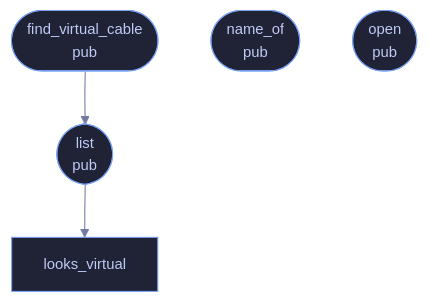
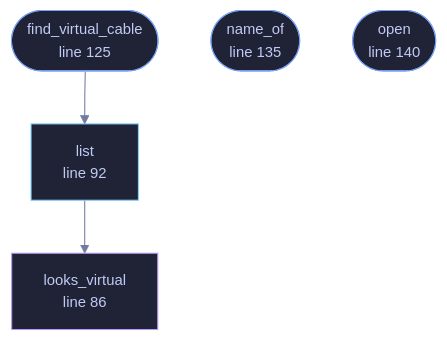
Before and after one commit to tilas01/veilvoice: the diagram in wiki/File-veilvoice-audio-devices.md, drawn with Mermaid. The commit also changed other lines of this file and 182 other files, not shown here.

````diff
--- a/wiki/File-veilvoice-audio-devices.md
+++ b/wiki/File-veilvoice-audio-devices.md
@@ -60,11 +78,17 @@
 ```mermaid
 %%{init: {"theme":"base","themeVariables":{"background":"#1a1b26","primaryColor":"#1f2335","primaryTextColor":"#c0caf5","primaryBorderColor":"#7aa2f7","secondaryColor":"#16161e","tertiaryColor":"#16161e","lineColor":"#737aa2","textColor":"#c0caf5","mainBkg":"#1f2335","nodeBorder":"#7aa2f7","clusterBkg":"#16161e","clusterBorder":"#2f3549","fontFamily":"ui-monospace, SFMono-Regular, Consolas, monospace","fontSize":"14px"}}}%%
 flowchart TD
-    n_looks_virtual["looks_virtual"]
-    n_list(["list<br/>pub"])
-    n_find_virtual_cable(["find_virtual_cable<br/>pub"])
-    n_name_of(["name_of<br/>pub"])
-    n_open(["open<br/>pub"])
+    n_looks_virtual["looks_virtual<br/>line 86"]
+    n_list["list<br/>line 92"]
+    n_find_virtual_cable(["find_virtual_cable<br/>line 125"])
+    n_name_of(["name_of<br/>line 135"])
+    n_open(["open<br/>line 140"])
     n_find_virtual_cable --> n_list
     n_list --> n_looks_virtual
+    classDef entry fill:#1f2335,stroke:#7aa2f7,color:#c0caf5
+    class n_find_virtual_cable,n_name_of,n_open entry
+    classDef api fill:#1f2335,stroke:#7dcfff,color:#c0caf5
+    class n_list api
+    classDef helper fill:#1f2335,stroke:#bb9af7,color:#c0caf5
+    class n_looks_virtual helper
 ```
````
